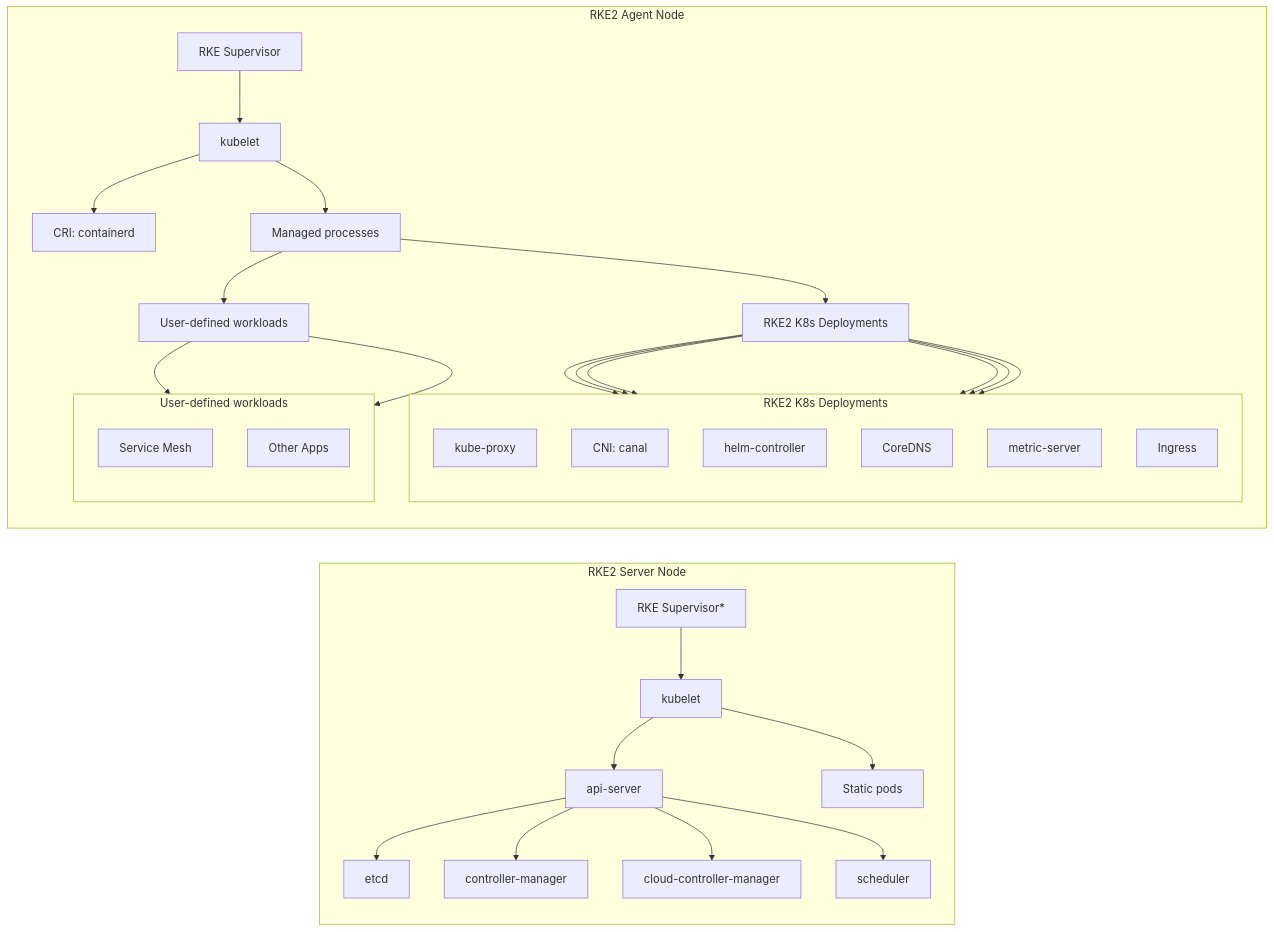
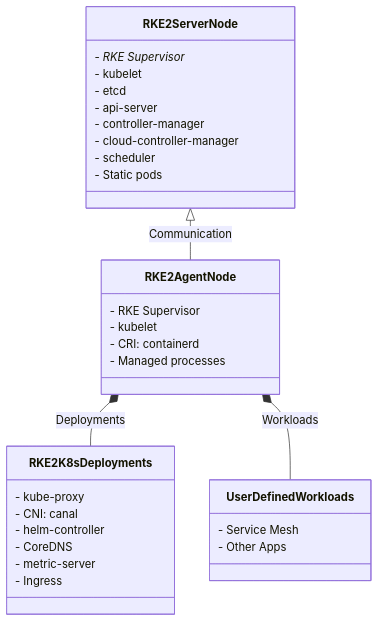
Before and after one commit to 007chiragshah/tucana: the first of 2 diagrams in Detail_Design.md, drawn with Mermaid.

````diff
--- a/Detail_Design.md
+++ b/Detail_Design.md
@@ -13,59 +13,38 @@
 ```mermaid
-flowchart LR
-    subgraph "RKE2 Server Node"
-        direction TB
-        RKESupervisorServer["RKE Supervisor*"]
-        KubeletServer["kubelet"]
-        Etcd["etcd"]
-        APIServer["api-server"]
-        ControllerManager["controller-manager"]
-        CloudControllerManager["cloud-controller-manager"]
-        Scheduler["scheduler"]
+classDiagram
+    class RKE2ServerNode {
+        - RKE Supervisor*
+        - kubelet
+        - etcd
+        - api-server
+        - controller-manager
+        - cloud-controller-manager
+        - scheduler
+        - Static pods
+    }
+    
+    class RKE2AgentNode {
+        - RKE Supervisor
+        - kubelet
+        - CRI: containerd
+        - Managed processes
+    }
 
-        RKESupervisorServer --> KubeletServer
-        KubeletServer --> APIServer
-        APIServer --> Etcd
-        APIServer --> ControllerManager
-        APIServer --> CloudControllerManager
-        APIServer --> Scheduler
-        KubeletServer --> StaticPods["Static pods"]
-    end
+    class RKE2K8sDeployments {
+        - kube-proxy
+        - CNI: canal
+        - helm-controller
+        - CoreDNS
+        - metric-server
+        - Ingress
+    }
 
-    subgraph "RKE2 Agent Node"
-        direction TB
-        RKESupervisorAgent["RKE Supervisor"]
-        KubeletAgent["kubelet"]
-        CRIContainerd["CRI: containerd"]
-        ManagedProcesses["Managed processes"]
-        
-        subgraph "RKE2 K8s Deployments"
-            direction TB
-            KubeProxy["kube-proxy"]
-            CNI["CNI: canal"]
-            HelmController["helm-controller"]
-            CoreDNS["CoreDNS"]
-            MetricServer["metric-server"]
-            Ingress["Ingress"]
-        end
+    class UserDefinedWorkloads {
+        - Service Mesh
+        - Other Apps
+    }
 
-        subgraph "User-defined workloads"
-            direction TB
-            ServiceMesh["Service Mesh"]
-            OtherApps["Other Apps"]
-        end
-
-        RKESupervisorAgent --> KubeletAgent
-        KubeletAgent --> CRIContainerd
-        KubeletAgent --> ManagedProcesses
-        ManagedProcesses --> RKE2K8sDeployments[RKE2 K8s Deployments]
-        RKE2K8sDeployments --> KubeProxy
-        RKE2K8sDeployments --> CNI
-        RKE2K8sDeployments --> HelmController
-        RKE2K8sDeployments --> CoreDNS
-        RKE2K8sDeployments --> MetricServer
-        RKE2K8sDeployments --> Ingress
-        ManagedProcesses --> UserDefinedWorkloads[User-defined workloads]
-        UserDefinedWorkloads --> ServiceMesh
-        UserDefinedWorkloads --> OtherApps
-    end
+    RKE2ServerNode <|-- RKE2AgentNode : Communication
+    RKE2AgentNode *-- RKE2K8sDeployments : Deployments
+    RKE2AgentNode *-- UserDefinedWorkloads : Workloads
 ```
````
